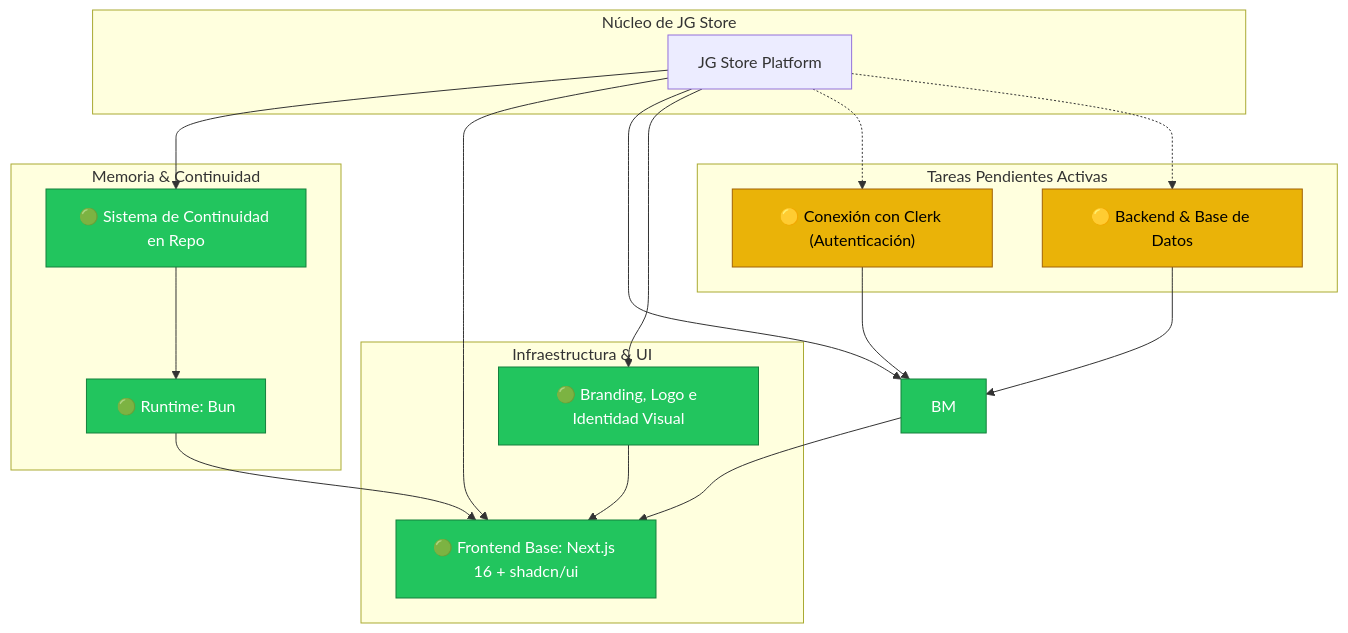
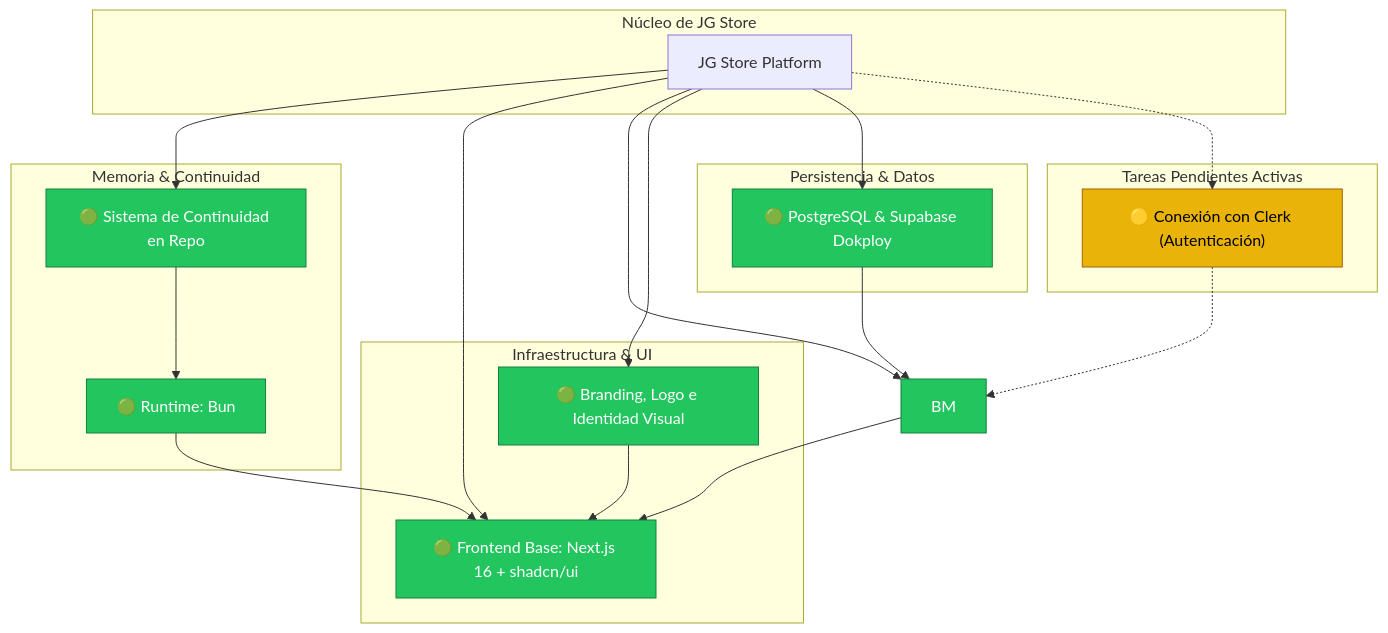
Before and after one commit to CientificoJose/jg-store: the diagram in .agents/knowledge/graph.md, drawn with Mermaid. The commit also changed other lines of this file and 11 other files, not shown here.

Commit message:
feat(database): execute remote migrations on PostgreSQL Dokploy Supabase and seed 3-level taxonomy

````diff
--- a/.agents/knowledge/graph.md
+++ b/.agents/knowledge/graph.md
@@ -10,42 +10,45 @@
 ```mermaid
 graph TD
     subgraph Core [Núcleo de JG Store]
         JG[JG Store Platform]
     end
 
     subgraph Memoria [Memoria & Continuidad]
         CS[🟢 Sistema de Continuidad en Repo]
         BUN[🟢 Runtime: Bun]
     end
 
     subgraph Fundacion [Infraestructura & UI]
         FE[🟢 Frontend Base: Next.js 16 + shadcn/ui]
         BR[🟢 Branding, Logo e Identidad Visual]
     end
 
+    subgraph Datos [Persistencia & Datos]
+        DB["🟢 PostgreSQL & Supabase Dokploy"]
+    end
+
     subgraph Pendientes [Tareas Pendientes Activas]
         CL["🟡 Conexión con Clerk (Autenticación)"]
-        DB["🟡 Backend & Base de Datos"]
     end
 
     JG --> CS
     JG --> FE
     CS --> BUN
     BUN --> FE
     
     JG --> BM
     JG --> BR
+    JG --> DB
     JG -.-> CL
-    JG -.-> DB
     
     BM --> FE
     BR --> FE
-    CL --> BM
     DB --> BM
+    CL -.-> BM
 
     classDef completed fill:#22c55e,stroke:#15803d,color:#fff;
     classDef pending fill:#eab308,stroke:#a16207,color:#000;
     
-    class CS,BUN,FE,BR,BM completed;
-    class CL,DB pending;
+    class CS,BUN,FE,BR,BM,DB completed;
+    class CL pending;
 ```
````
